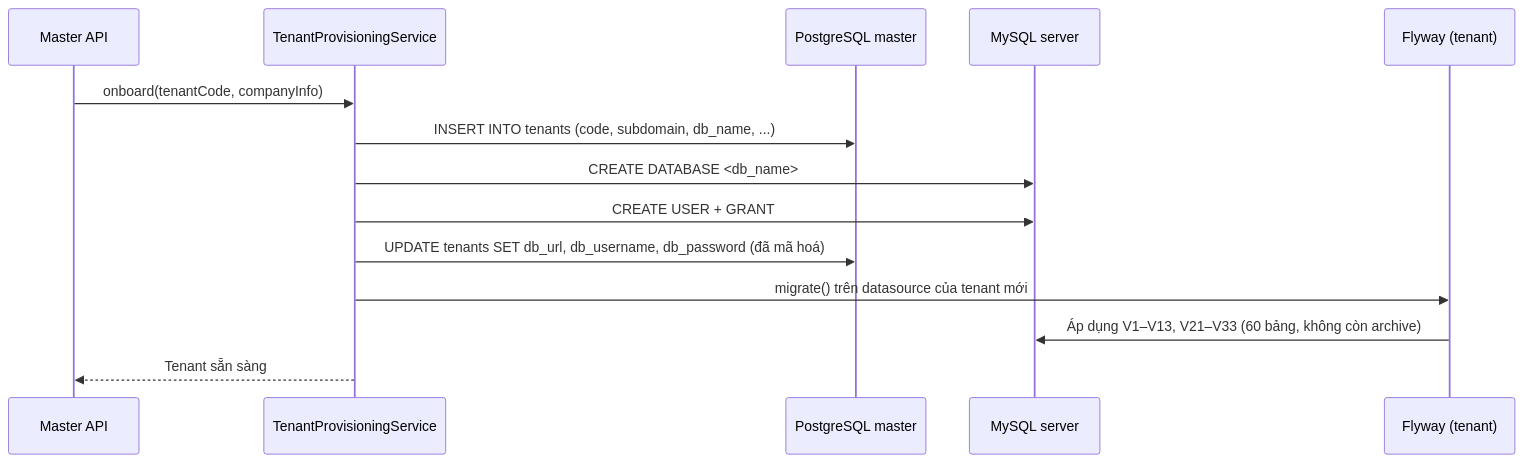
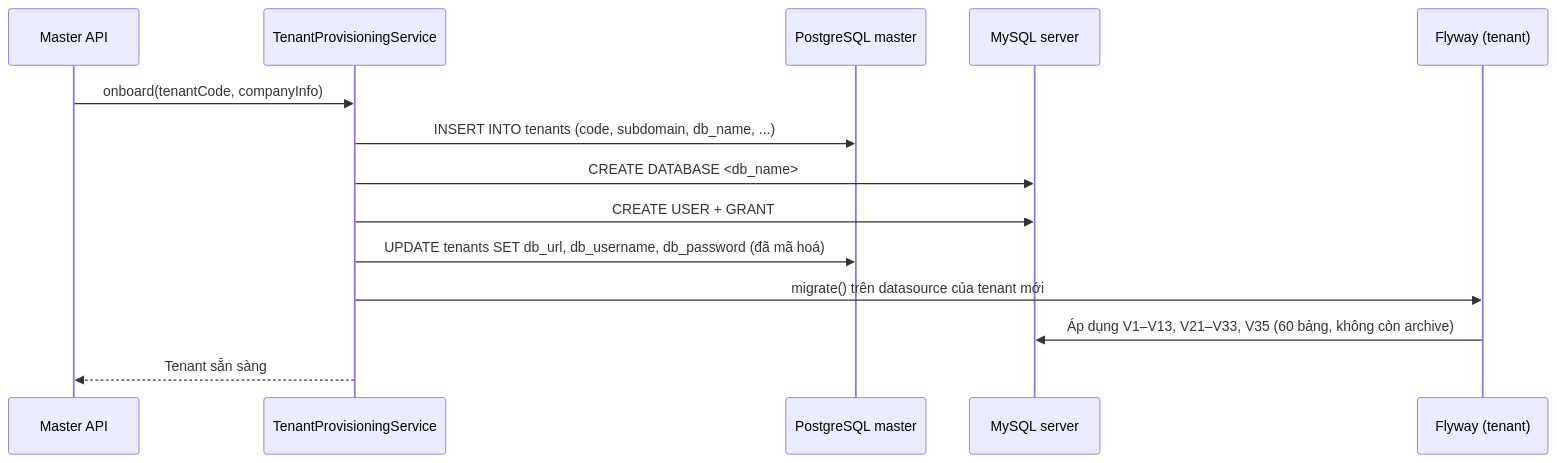
One commit to hieupnh12/SmartHire-AI changed diagram 11 of 11 in docs/database/README.md. Above: the diagram before and after it, drawn with Mermaid. The commit also changed other lines of this file and 73 other files, not shown here.

````diff
--- a/docs/database/README.md
+++ b/docs/database/README.md
@@ -1079,17 +1082,17 @@
 ```mermaid
 sequenceDiagram
     participant API as Master API
     participant PRV as TenantProvisioningService
     participant PG as PostgreSQL master
     participant MY as MySQL server
     participant FW as Flyway (tenant)
 
     API->>PRV: onboard(tenantCode, companyInfo)
     PRV->>PG: INSERT INTO tenants (code, subdomain, db_name, ...)
     PRV->>MY: CREATE DATABASE <db_name>
     PRV->>MY: CREATE USER + GRANT
     PRV->>PG: UPDATE tenants SET db_url, db_username, db_password (đã mã hoá)
     PRV->>FW: migrate() trên datasource của tenant mới
-    FW->>MY: Áp dụng V1–V13, V21–V33 (60 bảng, không còn archive)
+    FW->>MY: Áp dụng V1–V13, V21–V33, V35 (60 bảng, không còn archive)
     PRV-->>API: Tenant sẵn sàng
 ```
````
